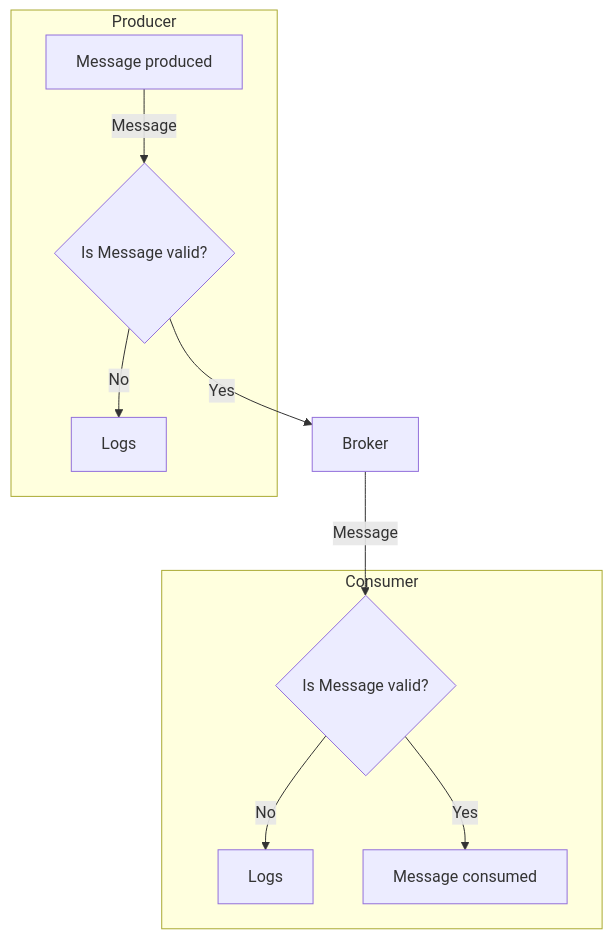
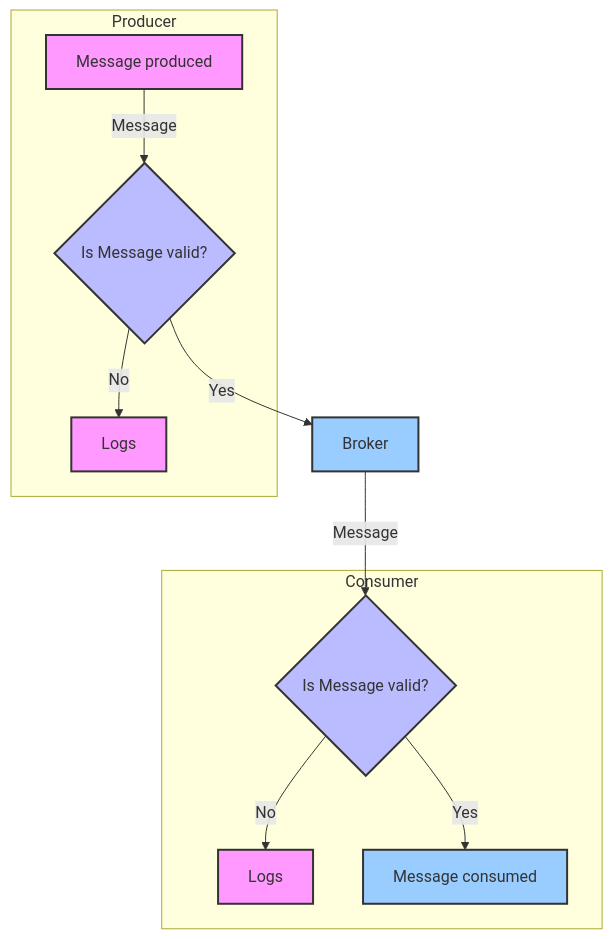
One commit to asyncapi/website changed the first of 3 diagrams in markdown/docs/guides/message-validation.md. Above: the diagram before and after it, drawn with Mermaid. The commit also changed other lines of this file, not shown here.

Commit message:
feat: enhance message validation diagram with colors and styled arrows

````diff
--- a/markdown/docs/guides/message-validation.md
+++ b/markdown/docs/guides/message-validation.md
@@ -31,13 +36,20 @@
 ```mermaid
 graph TD
     subgraph Producer
     G[Message produced] -->|Message| B{Is Message valid?}
     B -->|No| A[Logs]
     end
     B -->|Yes| C[Broker]
     C -->|Message| E{Is Message valid?}
     subgraph Consumer
     E -->|No| F[Logs]
     E -->|Yes| H[Message consumed]
     end
+        style G fill:#f9f,stroke:#333,stroke-width:2px
+    style B fill:#bbf,stroke:#333,stroke-width:2px
+    style A fill:#f9f,stroke:#333,stroke-width:2px
+    style C fill:#9cf,stroke:#333,stroke-width:2px
+    style E fill:#bbf,stroke:#333,stroke-width:2px
+    style F fill:#f9f,stroke:#333,stroke-width:2px
+    style H fill:#9cf,stroke:#333,stroke-width:2px
 ```
````
